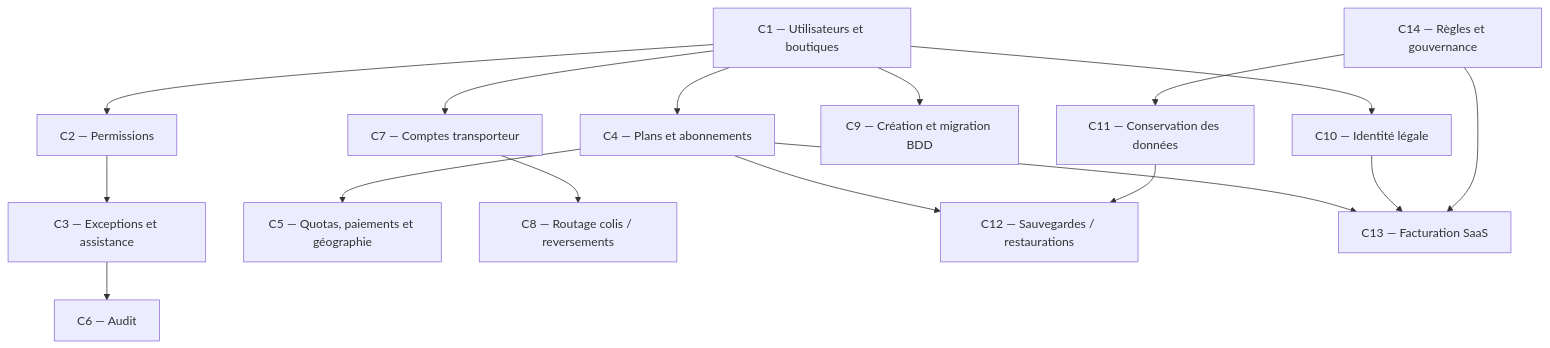
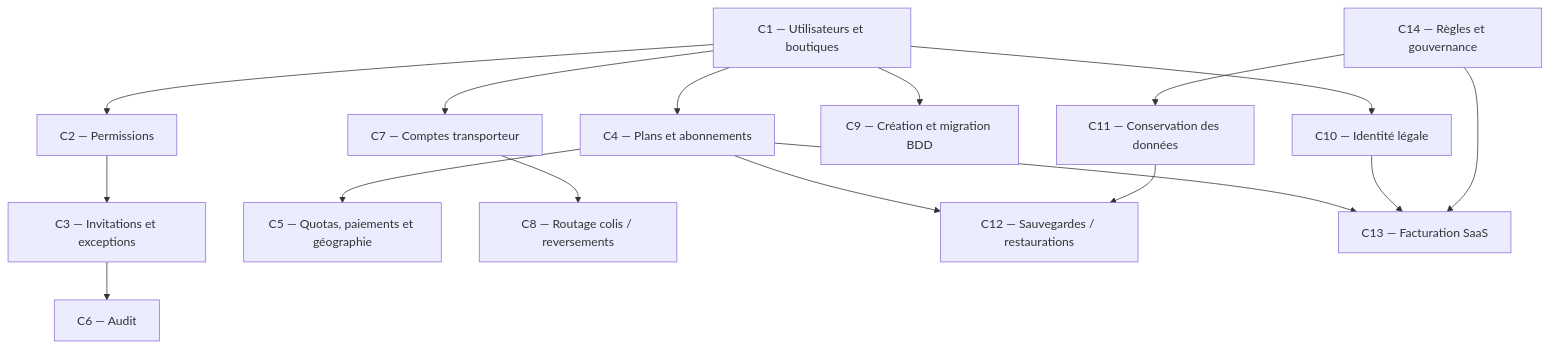
Before and after one commit to unitealfa/saas-ecom: diagram 15 of 15 in Modules-C1-C14-BDD-Centrale-explications-simples.md, drawn with Mermaid. The commit also changed other lines of this file, not shown here.

````diff
--- a/Modules-C1-C14-BDD-Centrale-explications-simples.md
+++ b/Modules-C1-C14-BDD-Centrale-explications-simples.md
@@ -990,38 +993,38 @@
 ```mermaid
 flowchart TD
     C1["C1 — Utilisateurs et boutiques"]
     C2["C2 — Permissions"]
-    C3["C3 — Exceptions et assistance"]
+    C3["C3 — Invitations et exceptions"]
     C4["C4 — Plans et abonnements"]
     C5["C5 — Quotas, paiements et géographie"]
     C6["C6 — Audit"]
     C7["C7 — Comptes transporteur"]
     C8["C8 — Routage colis / reversements"]
     C9["C9 — Création et migration BDD"]
     C10["C10 — Identité légale"]
     C11["C11 — Conservation des données"]
     C12["C12 — Sauvegardes / restaurations"]
     C13["C13 — Facturation SaaS"]
     C14["C14 — Règles et gouvernance"]
 
     C1 --> C2
     C1 --> C4
     C1 --> C9
 
     C2 --> C3
     C3 --> C6
 
     C4 --> C5
     C4 --> C12
     C4 --> C13
 
     C1 --> C7
     C7 --> C8
 
     C1 --> C10
     C10 --> C13
 
     C11 --> C12
     C14 --> C11
     C14 --> C13
 ```
````
